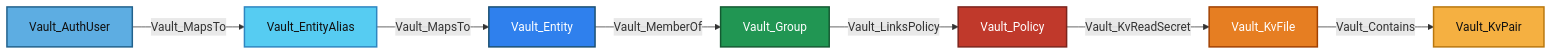
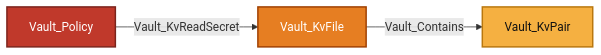
Before and after one commit to bytewreck/opengraph-vault: diagram 14 of 28 in Documentation/stores/MOUNTS.md, drawn with Mermaid. The commit also changed other lines of this file and 2 other files, not shown here.

````diff
--- a/Documentation/stores/MOUNTS.md
+++ b/Documentation/stores/MOUNTS.md
@@ -827,17 +785,9 @@
 ```mermaid
 flowchart LR
-    user[Vault_AuthUser]:::authUserNode -->|Vault_MapsTo| alias[Vault_EntityAlias]:::entityAliasNode
-    alias -->|Vault_MapsTo| entity[Vault_Entity]:::entityNode
-    entity -->|Vault_MemberOf| group[Vault_Group]:::groupNode
-    group -->|Vault_LinksPolicy| policy[Vault_Policy]:::policyNode
-    policy -->|Vault_KvReadSecret| file[Vault_KvFile]:::kvObjectNode
+    policy[Vault_Policy]:::policyNode -->|Vault_KvReadSecret| file[Vault_KvFile]:::kvObjectNode
     file -->|Vault_Contains| pair[Vault_KvPair]:::kvPairNode
 
-    classDef authUserNode fill:#5DADE2,color:#111,stroke:#21618C,stroke-width:2px
-    classDef entityAliasNode fill:#56CCF2,color:#111,stroke:#2E86C1,stroke-width:2px
-    classDef entityNode fill:#2F80ED,color:#fff,stroke:#1B4F72,stroke-width:2px
-    classDef groupNode fill:#219653,color:#fff,stroke:#145A32,stroke-width:2px
     classDef policyNode fill:#C0392B,color:#fff,stroke:#7B241C,stroke-width:2px
     classDef kvObjectNode fill:#E67E22,color:#fff,stroke:#A04000,stroke-width:2px
     classDef kvPairNode fill:#F5B041,color:#111,stroke:#B9770E,stroke-width:2px
 ```
````
